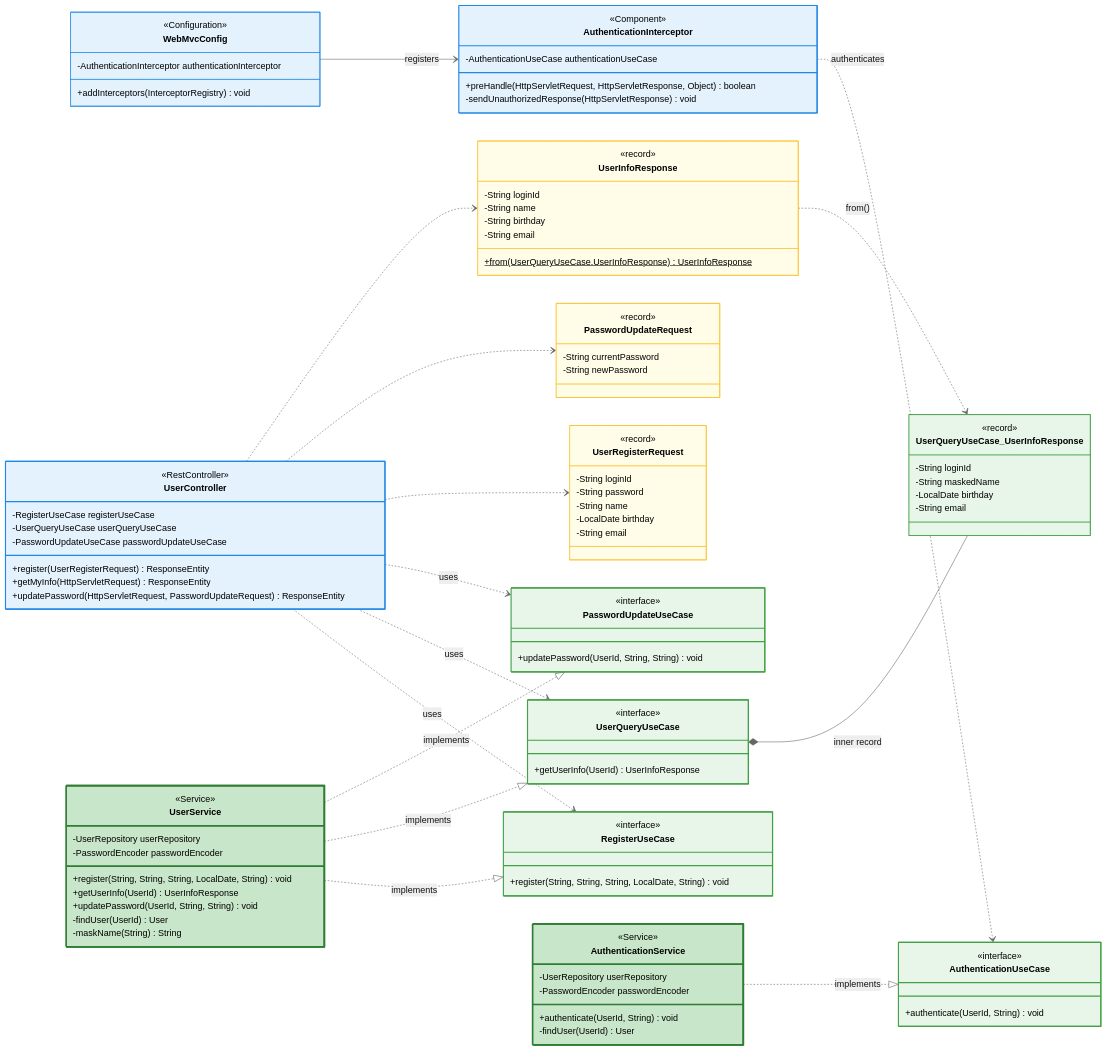
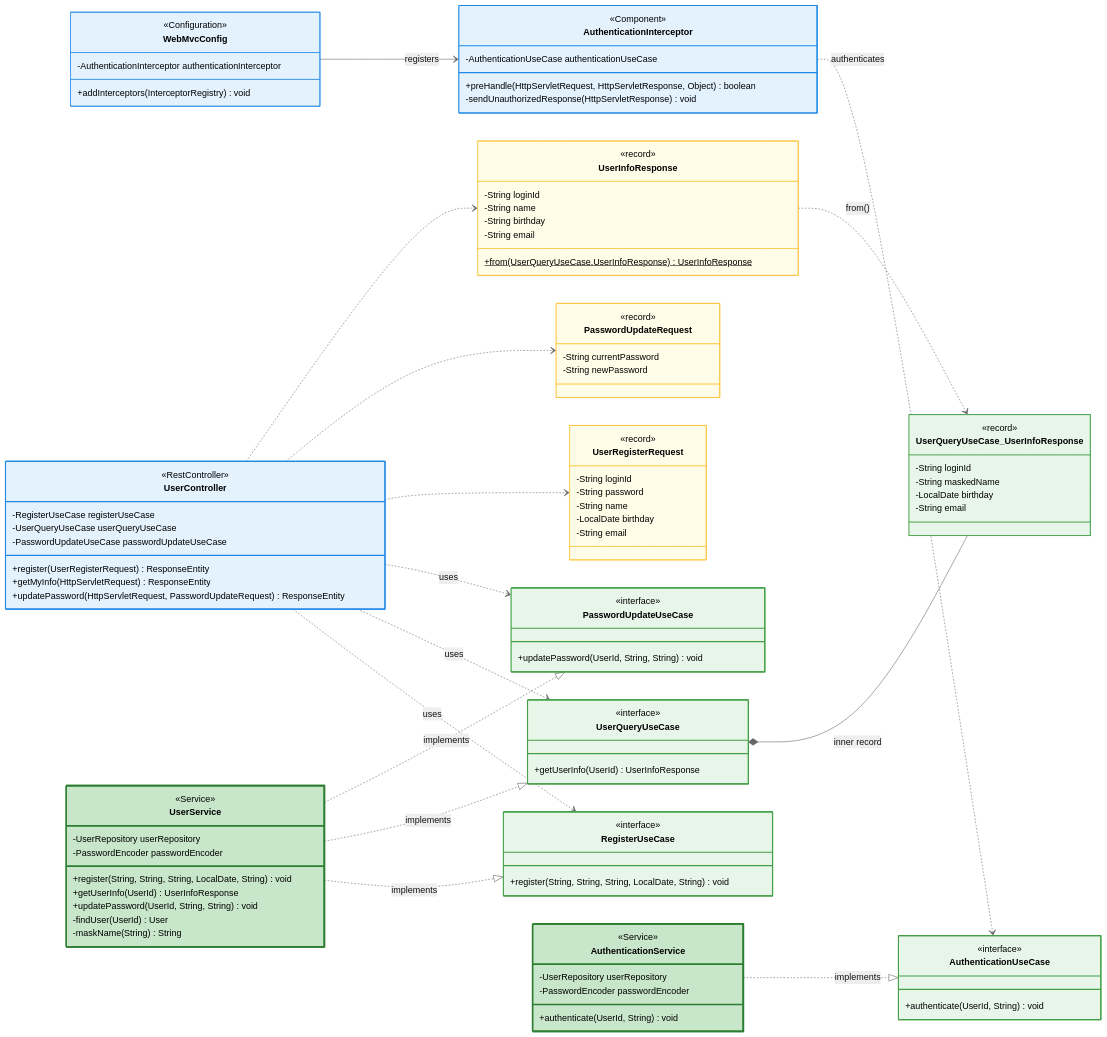
The second of 15 diagrams in .docs/design/03-class-diagram.md (ukukdin/loop-pack-be-l2-vol3-java), drawn with Mermaid (neutral theme) before and after one commit. The commit also changed other lines of this file and 2 other files, not shown here.

```diff
--- a/.docs/design/03-class-diagram.md
+++ b/.docs/design/03-class-diagram.md
@@ -131,7 +131,6 @@
         -UserRepository userRepository
         -PasswordEncoder passwordEncoder
         +authenticate(UserId, String) void
-        -findUser(UserId) User
     }
 
     %% --- Interceptor → UseCase ---
```
